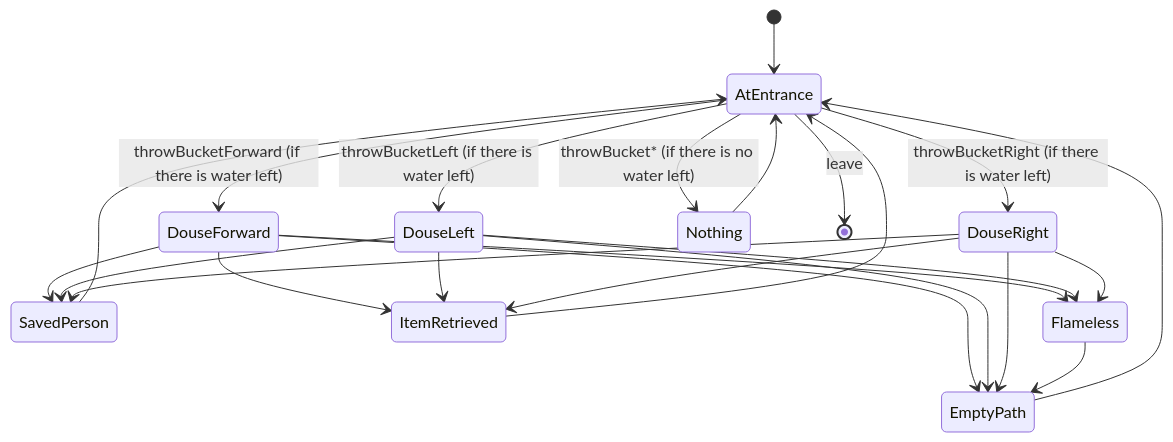
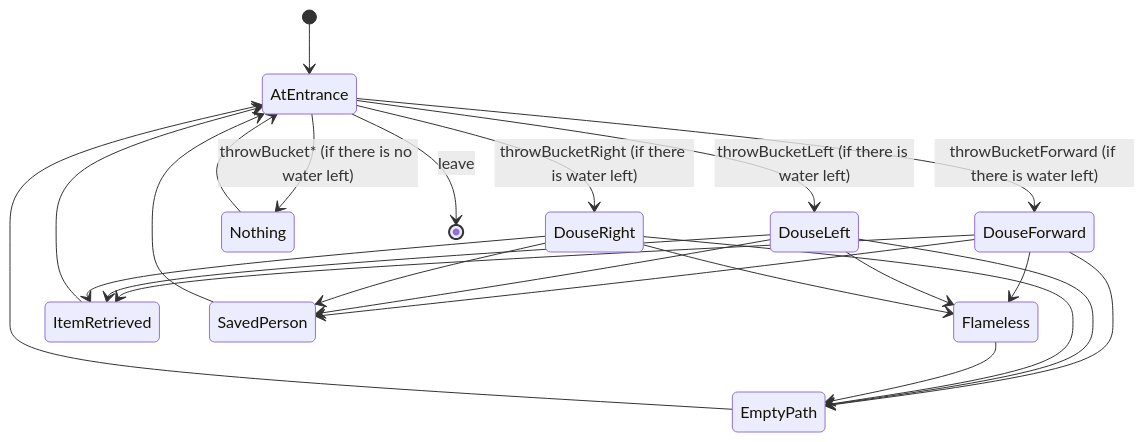
Before and after one commit to normal-devs/klicker-knight: the diagram in docs/rooms/fireRoom.md, drawn with Mermaid. The commit also changed other lines of this file, not shown here.

````diff
--- a/docs/rooms/fireRoom.md
+++ b/docs/rooms/fireRoom.md
@@ -29,31 +29,31 @@
 ```mermaid
 stateDiagram-v2
   [*] --> AtEntrance
 
   AtEntrance --> DouseForward: throwBucketForward (if there is water left)
   AtEntrance --> DouseLeft: throwBucketLeft (if there is water left)
   AtEntrance --> DouseRight: throwBucketRight (if there is water left)
   AtEntrance --> Nothing: throwBucket* (if there is no water left)
   AtEntrance --> [*]: leave
 
-  DouseForward --> SavedPerson
-  DouseForward --> ItemRetrieved
   DouseForward --> EmptyPath
   DouseForward --> Flameless
+  DouseForward --> ItemRetrieved
+  DouseForward --> SavedPerson
 
-  DouseLeft --> SavedPerson
-  DouseLeft --> ItemRetrieved
   DouseLeft --> EmptyPath
   DouseLeft --> Flameless
+  DouseLeft --> ItemRetrieved
+  DouseLeft --> SavedPerson
 
-  DouseRight --> SavedPerson
-  DouseRight --> ItemRetrieved
   DouseRight --> EmptyPath
   DouseRight --> Flameless
+  DouseRight --> ItemRetrieved
+  DouseRight --> SavedPerson
 
+  EmptyPath --> AtEntrance
+  Flameless --> EmptyPath
+  ItemRetrieved --> AtEntrance
   Nothing --> AtEntrance
-  Flameless --> EmptyPath
   SavedPerson --> AtEntrance
-  ItemRetrieved --> AtEntrance
-  EmptyPath --> AtEntrance
 ```
````
